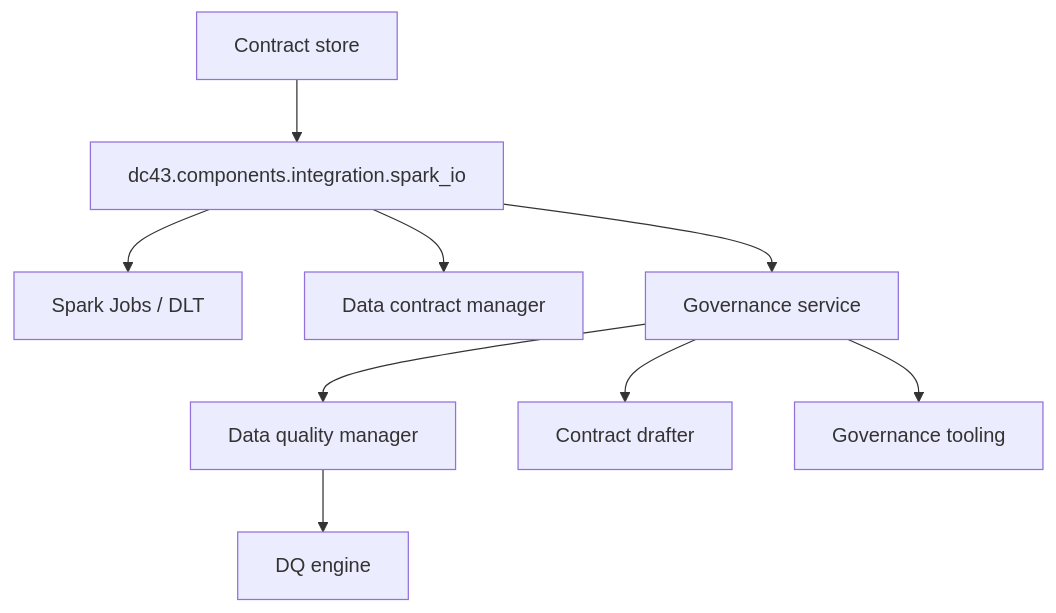
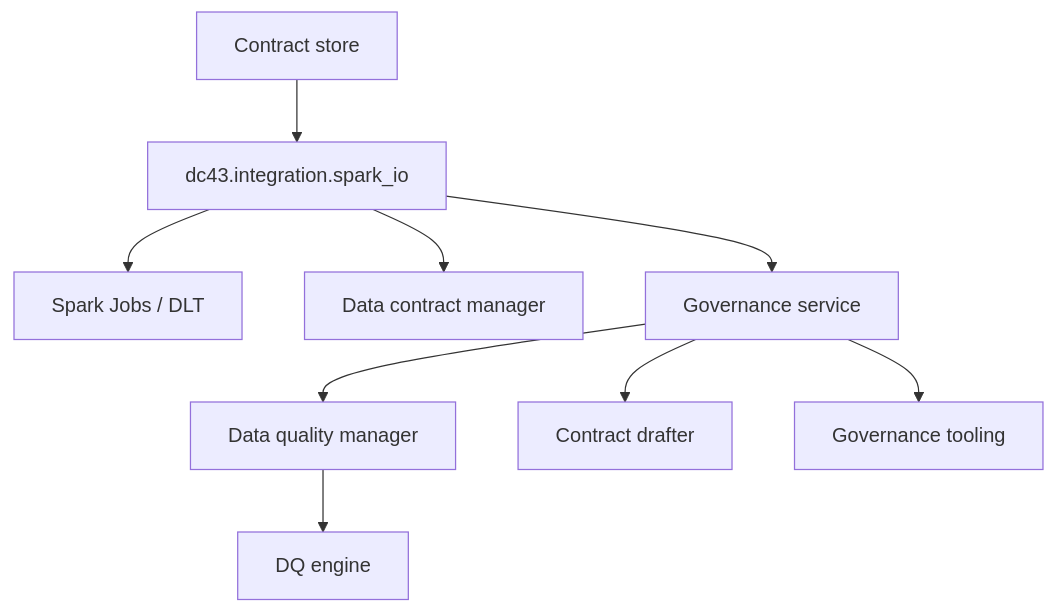
The diagram in docs/implementations/integration/spark-dlt.md (NextLab-SRL/dc43), drawn with Mermaid before and after one commit. The commit also changed other lines of this file and 27 other files, not shown here.

````diff
--- a/docs/implementations/integration/spark-dlt.md
+++ b/docs/implementations/integration/spark-dlt.md
@@ -12,11 +12,11 @@
 ```mermaid
 flowchart TD
-    ContractStore["Contract store"] --> IO["dc43.components.integration.spark_io"]
+    ContractStore["Contract store"] --> IO["dc43.integration.spark_io"]
     IO --> Spark["Spark Jobs / DLT"]
     IO --> ContractMgr["Data contract manager"]
     IO --> Governance["Governance service"]
     Governance --> DQMgr["Data quality manager"]
     DQMgr --> DQEngine["DQ engine"]
     Governance --> Drafter["Contract drafter"]
     Governance --> Steward["Governance tooling"]
 ```
````
